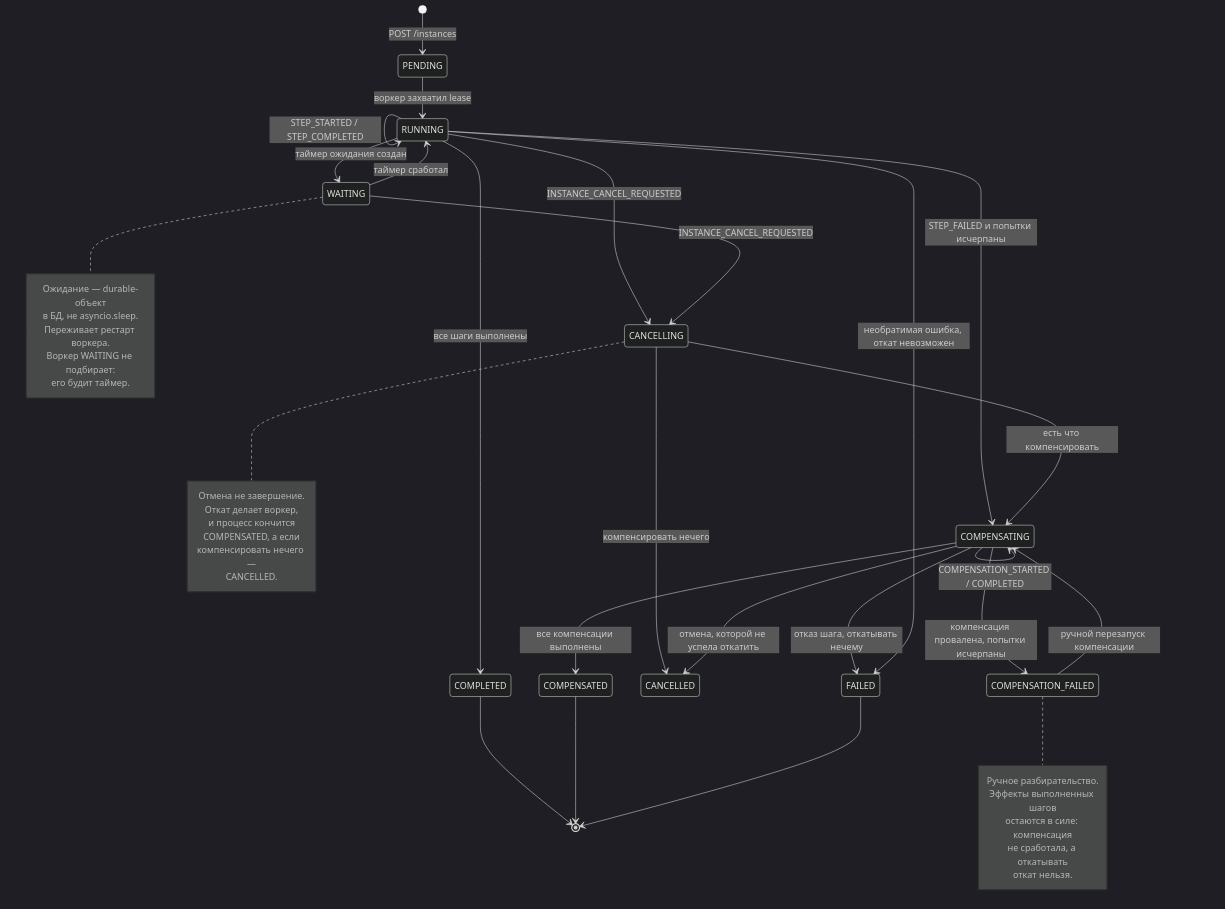
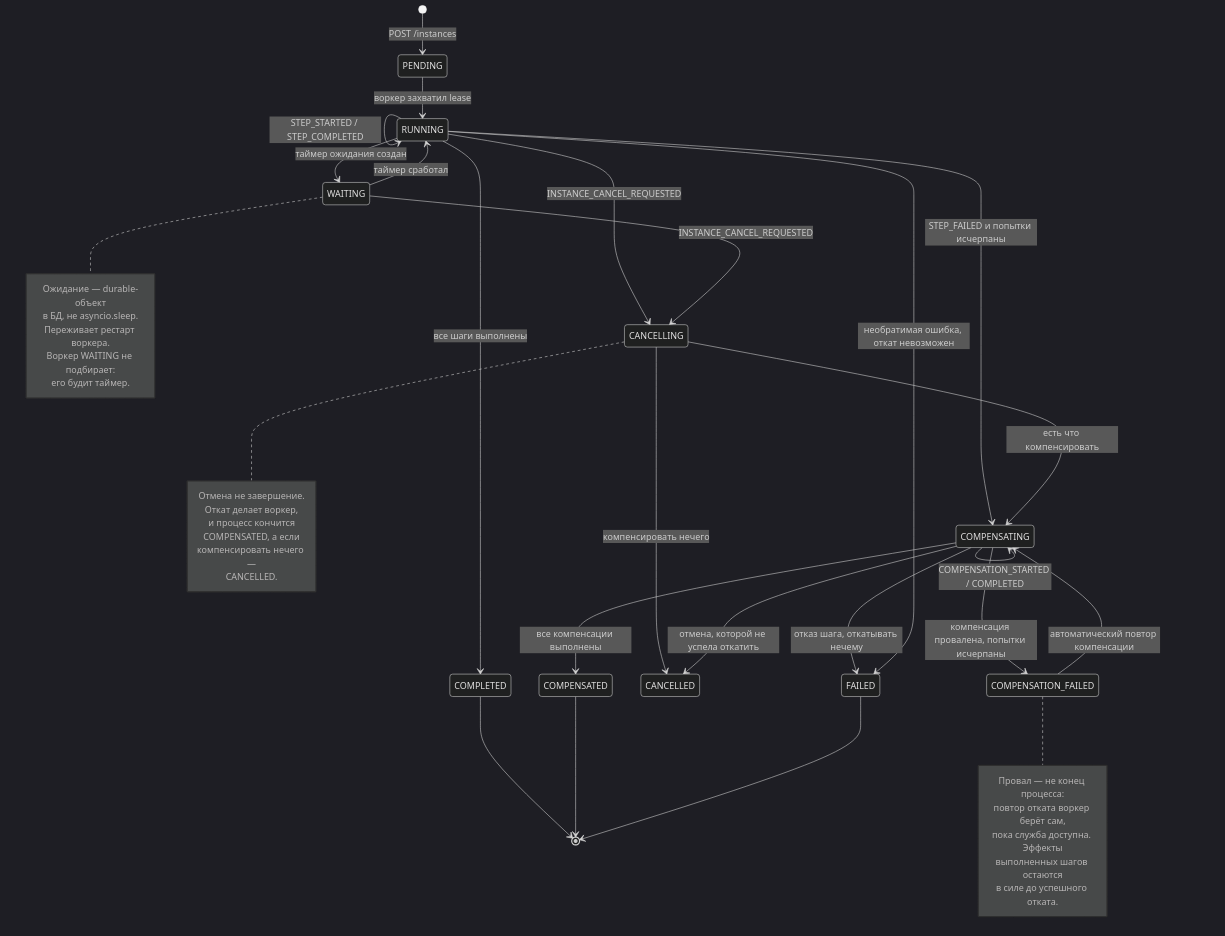
Before and after one commit to tolstosheev/workflow-engine: the fourth of 4 diagrams in docs/ENGINE.md, drawn with Mermaid (dark theme). The commit also changed other lines of this file and 3 other files, not shown here.

````diff
--- a/docs/ENGINE.md
+++ b/docs/ENGINE.md
@@ -613,54 +613,54 @@
 ```mermaid
 stateDiagram-v2
     [*] --> PENDING: POST /instances
 
     PENDING --> RUNNING: воркер захватил lease
     RUNNING --> RUNNING: STEP_STARTED / STEP_COMPLETED
     RUNNING --> WAITING: таймер ожидания создан
     WAITING --> RUNNING: таймер сработал
 
     RUNNING --> COMPENSATING: STEP_FAILED и попытки исчерпаны
     RUNNING --> CANCELLING: INSTANCE_CANCEL_REQUESTED
     WAITING --> CANCELLING: INSTANCE_CANCEL_REQUESTED
     CANCELLING --> COMPENSATING: есть что компенсировать
 
     COMPENSATING --> COMPENSATING: COMPENSATION_STARTED / COMPLETED
     COMPENSATING --> COMPENSATION_FAILED: компенсация провалена, попытки исчерпаны
-    COMPENSATION_FAILED --> COMPENSATING: ручной перезапуск компенсации
+    COMPENSATION_FAILED --> COMPENSATING: автоматический повтор компенсации
 
     COMPENSATING --> COMPENSATED: все компенсации выполнены
     CANCELLING --> CANCELLED: компенсировать нечего
     COMPENSATING --> CANCELLED: отмена, которой не успела откатить
     COMPENSATING --> FAILED: отказ шага, откатывать нечему
     RUNNING --> FAILED: необратимая ошибка, откат невозможен
     RUNNING --> COMPLETED: все шаги выполнены
 
     COMPLETED --> [*]
     COMPENSATED --> [*]
     FAILED --> [*]
 
     note right of COMPENSATION_FAILED
-        Ручное разбирательство.
-        Эффекты выполненных шагов
-        остаются в силе: компенсация
-        не сработала, а откатывать
-        откат нельзя.
+        Провал — не конец процесса:
+        повтор отката воркер берёт сам,
+        пока служба доступна. Эффекты
+        выполненных шагов остаются
+        в силе до успешного отката.
     end note
 
     note right of WAITING
         Ожидание — durable-объект
         в БД, не asyncio.sleep.
         Переживает рестарт воркера.
         Воркер WAITING не подбирает:
         его будит таймер.
     end note
 
     note right of CANCELLING
         Отмена не завершение.
         Откат делает воркер,
         и процесс кончится
         COMPENSATED, а если
         компенсировать нечего —
         CANCELLED.
     end note
 ```
````
